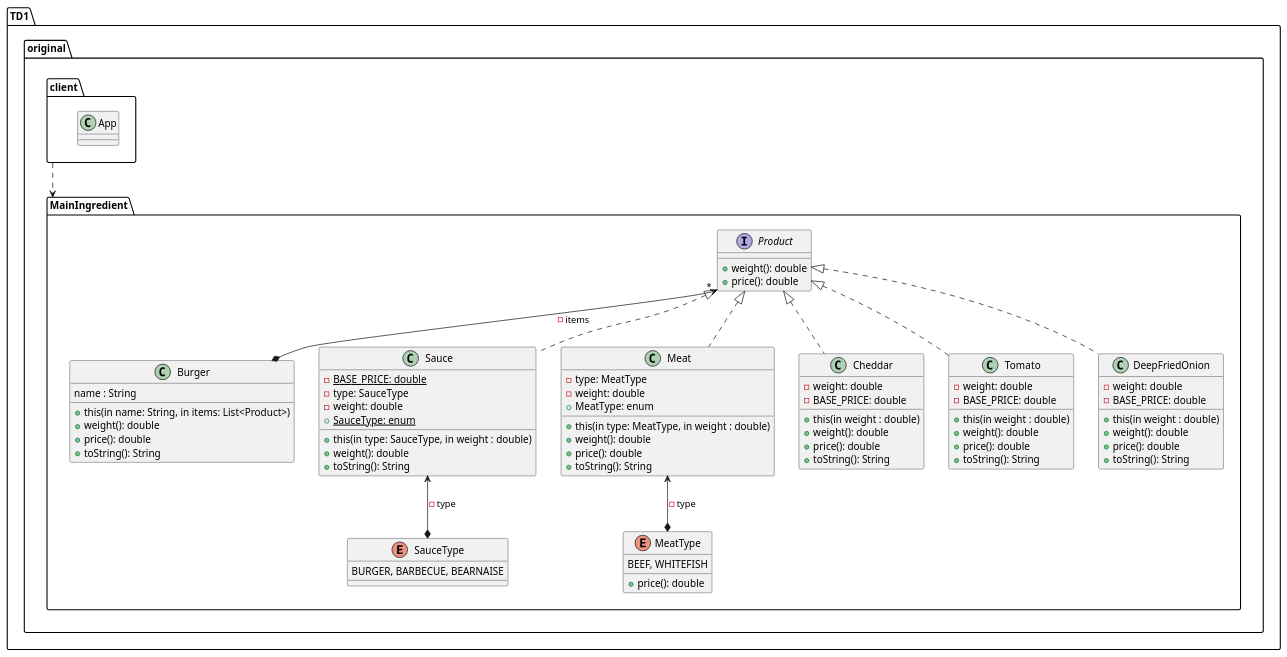
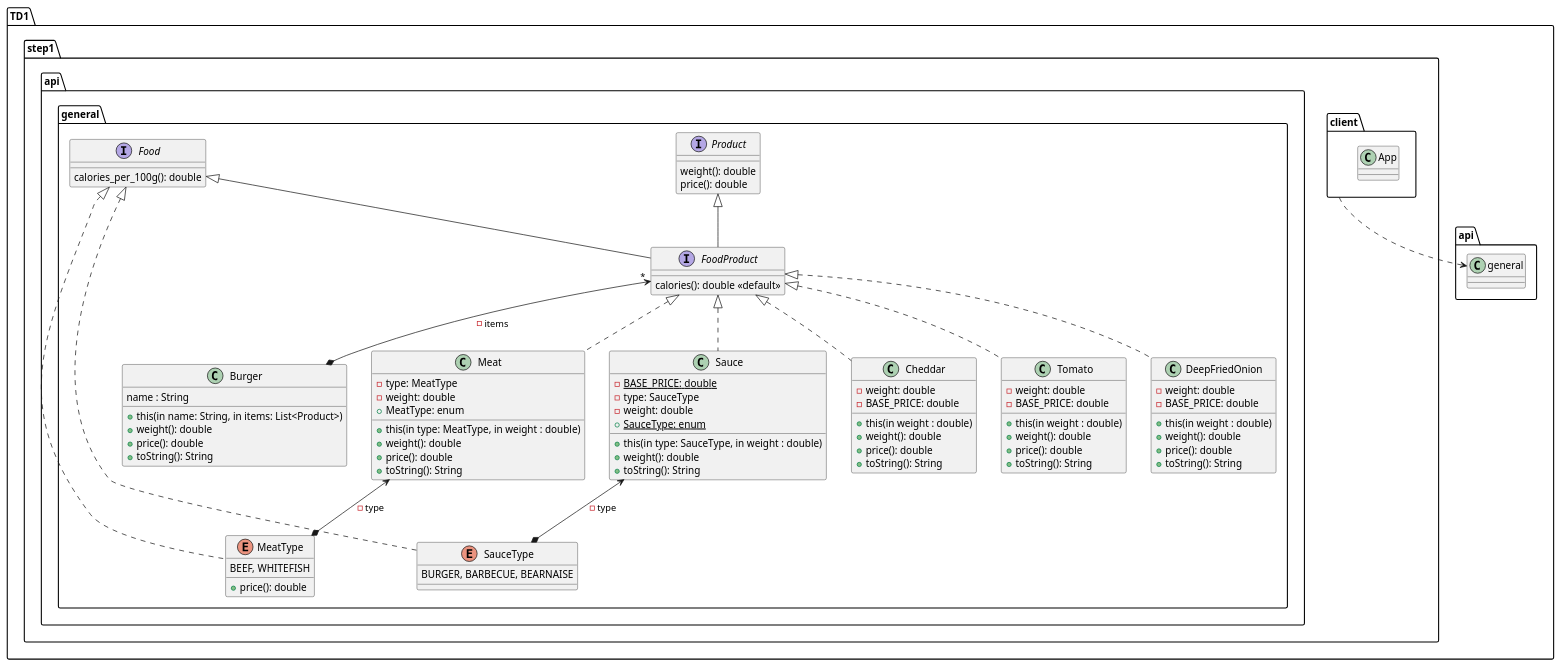
Before and after one commit to KrishnarashTHEVAKUMARAN/mapc: the diagram in td1/app/src/main/java/td1/step1/TD1Step1.puml, drawn with PlantUML. The commit also changed 3 other files, not shown here.

```diff
--- a/td1/app/src/main/java/td1/step1/TD1Step1.puml
+++ b/td1/app/src/main/java/td1/step1/TD1Step1.puml
@@ -1,98 +1,107 @@
-@startuml TD1Original
+@startuml TD1Step1
 package TD1 {
-  package original {
-    package MainIngredient {
+  package step1 {
+    package api.general {
         interface Product{
-        +weight(): double
-        +price(): double
+            weight(): double
+            price(): double
+        }
+
+        interface Food{
+            calories_per_100g(): double
+        }
+
+        interface FoodProduct extends Food, Product{
+            calories(): double <<default>>
         }
 
         class Burger{
-        name : String
+            name : String
 
-        +this(in name: String, in items: List<Product>)
-        +weight(): double
-        +price(): double
-        +toString(): String
+            +this(in name: String, in items: List<Product>)
+            +weight(): double
+            +price(): double
+            +toString(): String
         }
 
-        class Sauce implements Product{
-        -BASE_PRICE: {static} double
-        -type: SauceType
-        -weight: double
-        +SauceType: {static} enum
+        class Sauce implements FoodProduct{
+            -BASE_PRICE: {static} double
+            -type: SauceType
+            -weight: double
+            +SauceType: {static} enum
 
-        +this(in type: SauceType, in weight : double)
-        +weight(): double
-        +toString(): String
+            +this(in type: SauceType, in weight : double)
+            +weight(): double
+            +toString(): String
         }
 
-        class Meat implements Product{
-        -type: MeatType
-        -weight: double
-        +MeatType: enum
+        class Meat implements FoodProduct{
+            -type: MeatType
+            -weight: double
+            +MeatType: enum
 
-        +this(in type: MeatType, in weight : double)
-        +weight(): double
-        +price(): double
-        +toString(): String
+            +this(in type: MeatType, in weight : double)
+            +weight(): double
+            +price(): double
+            +toString(): String
         }
 
-        class Cheddar implements Product{
-        -weight: double
-        -BASE_PRICE: double
+        class Cheddar implements FoodProduct{
+            -weight: double
+            -BASE_PRICE: double
 
-        +this(in weight : double)
-        +weight(): double
-        +price(): double
-        +toString(): String
+            +this(in weight : double)
+            +weight(): double
+            +price(): double
+            +toString(): String
         }
 
-        class Tomato implements Product{
-        -weight: double
-        -BASE_PRICE: double
+        class Tomato implements FoodProduct{
+            -weight: double
+            -BASE_PRICE: double
 
-        +this(in weight : double)
-        +weight(): double
-        +price(): double
-        +toString(): String
+            +this(in weight : double)
+            +weight(): double
+            +price(): double
+            +toString(): String
         }
 
-        class DeepFriedOnion implements Product{
-        -weight: double
-        -BASE_PRICE: double
+        class DeepFriedOnion implements FoodProduct{
+            -weight: double
+            -BASE_PRICE: double
 
-        +this(in weight : double)
-        +weight(): double
-        +price(): double
-        +toString(): String
+            +this(in weight : double)
+            +weight(): double
+            +price(): double
+            +toString(): String
         }
 
-        enum SauceType{
-        BURGER, BARBECUE, BEARNAISE
+        enum SauceType implements Food{
+            BURGER, BARBECUE, BEARNAISE
         }
 
-        enum MeatType{
-        BEEF, WHITEFISH
-        +price(): double
+        enum MeatType implements Food{
+            BEEF, WHITEFISH
+            +price(): double
         }
 
 
-        Product "*" <--*  Burger : -items
+            FoodProduct "*" <--*  Burger : -items
 
-        Sauce <--* SauceType : -type
-        Meat <--* MeatType : -type
+            Sauce <--* SauceType : -type
+            Meat <--* MeatType : -type
     }
 
     package client {
         class App
     }
+
   }
 
-  client ..> MainIngredient
+  client ..> api.general
 
 }
 
 
 
 @enduml
```
